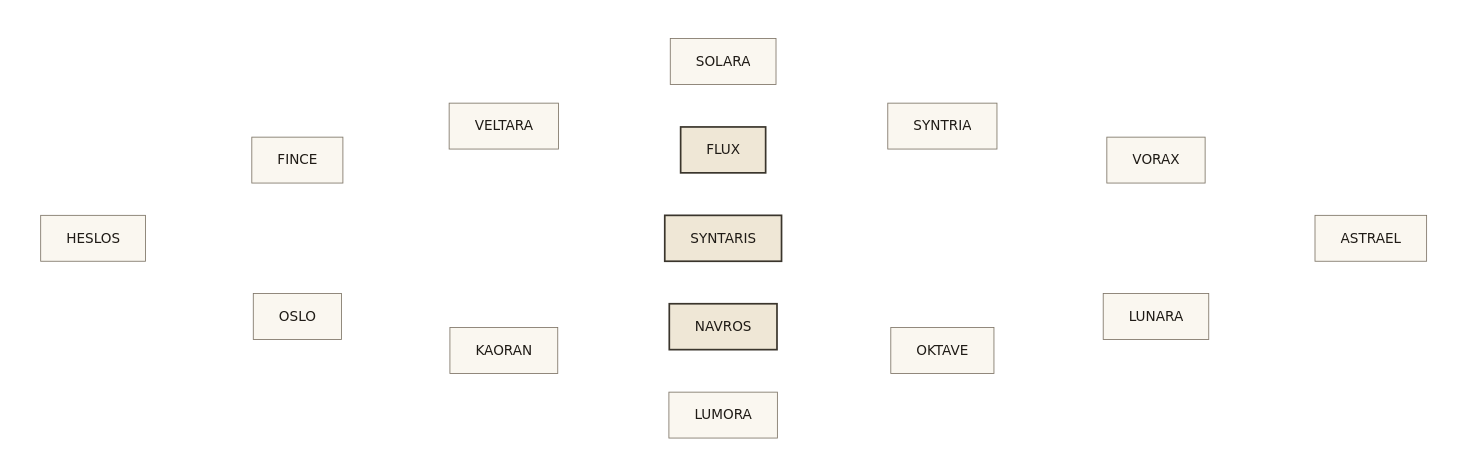
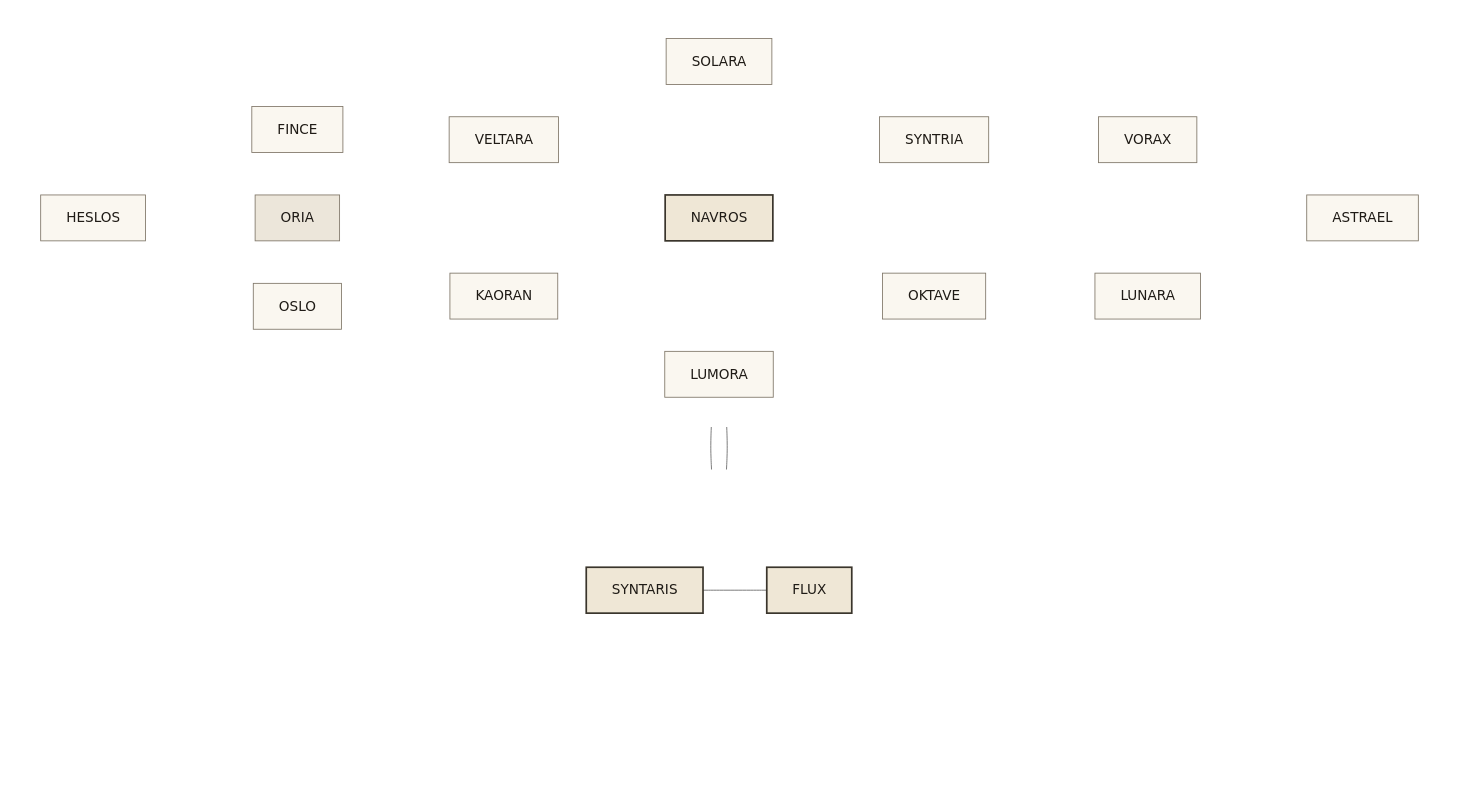
One commit to lichtara/lichtara-portal-manual changed the first of 4 diagrams in design/mandala-geometry.md. Above: the diagram before and after it, drawn with Mermaid (neutral theme). The commit also changed other lines of this file and 3 other files, not shown here.

Commit message:
Transforma Mermaid para frontend

````diff
--- a/design/mandala-geometry.md
+++ b/design/mandala-geometry.md
@@ -28,75 +58,80 @@
 ```mermaid
 flowchart TB
   classDef core fill:#efe7d6,stroke:#3a352c,stroke-width:2px,color:#1f1b16;
   classDef ring fill:#faf7f0,stroke:#7f7668,stroke-width:1px,color:#1f1b16;
+  classDef latent fill:#ece6da,stroke:#7f7668,stroke-width:1px,color:#1f1b16;
   classDef ghost fill:none,stroke:none,color:transparent;
 
   subgraph r1[" "]
     direction LR
     g1[" "]:::ghost
+    ast["ASTRAEL"]:::ring
     g2[" "]:::ghost
-    ast["ASTRAEL"]:::ring
-    g3[" "]:::ghost
-    g4[" "]:::ghost
   end
 
   subgraph r2[" "]
     direction LR
-    g5[" "]:::ghost
     vor["VORAX"]:::ring
-    g6[" "]:::ghost
+    g3[" "]:::ghost
     lun["LUNARA"]:::ring
-    g7[" "]:::ghost
   end
 
   subgraph r3[" "]
     direction LR
     syntria["SYNTRIA"]:::ring
-    g8[" "]:::ghost
-    g9[" "]:::ghost
+    g4[" "]:::ghost
     okt["OKTAVE"]:::ring
   end
 
   subgraph r4[" "]
     direction LR
     sol["SOLARA"]:::ring
-    flux["FLUX"]:::core
-    synt["SYNTARIS"]:::core
+    g5[" "]:::ghost
     nav["NAVROS"]:::core
+    g6[" "]:::ghost
     lum["LUMORA"]:::ring
   end
 
   subgraph r5[" "]
     direction LR
-    vel["VELTARA"]:::ring
-    g10[" "]:::ghost
-    g11[" "]:::ghost
-    kao["KAORAN"]:::ring
+    g7[" "]:::ghost
+    synt["SYNTARIS"]:::core
+    g8[" "]:::ghost
+    flux["FLUX"]:::core
+    g9[" "]:::ghost
   end
 
   subgraph r6[" "]
     direction LR
-    g12[" "]:::ghost
-    fin["FINCE"]:::ring
-    g13[" "]:::ghost
-    osl["OSLO"]:::ring
-    g14[" "]:::ghost
+    vel["VELTARA"]:::ring
+    g10[" "]:::ghost
+    kao["KAORAN"]:::ring
   end
 
   subgraph r7[" "]
     direction LR
-    g15[" "]:::ghost
-    g16[" "]:::ghost
+    fin["FINCE"]:::ring
+    oria["ORIA"]:::latent
+    osl["OSLO"]:::ring
+  end
+
+  subgraph r8[" "]
+    direction LR
+    g11[" "]:::ghost
     hes["HESLOS"]:::ring
-    g17[" "]:::ghost
-    g18[" "]:::ghost
+    g12[" "]:::ghost
   end
+
+  nav --- synt
+  nav --- flux
+  synt --- flux
 
   style r1 fill:none,stroke:none
   style r2 fill:none,stroke:none
   style r3 fill:none,stroke:none
   style r4 fill:none,stroke:none
   style r5 fill:none,stroke:none
   style r6 fill:none,stroke:none
   style r7 fill:none,stroke:none
+  style r8 fill:none,stroke:none
 ```
````
